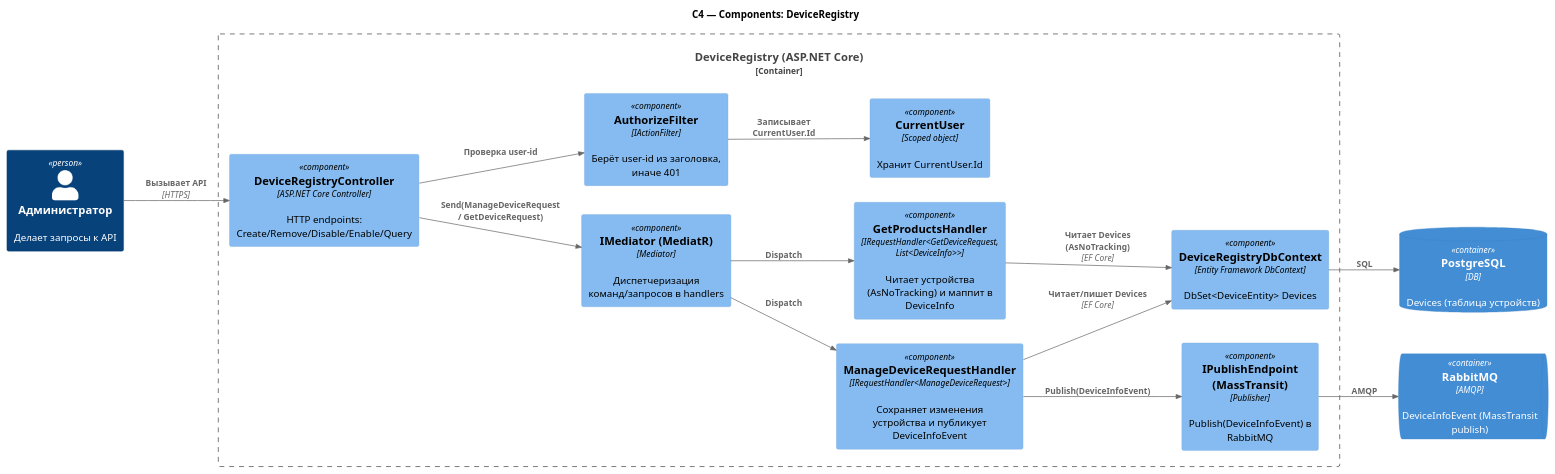
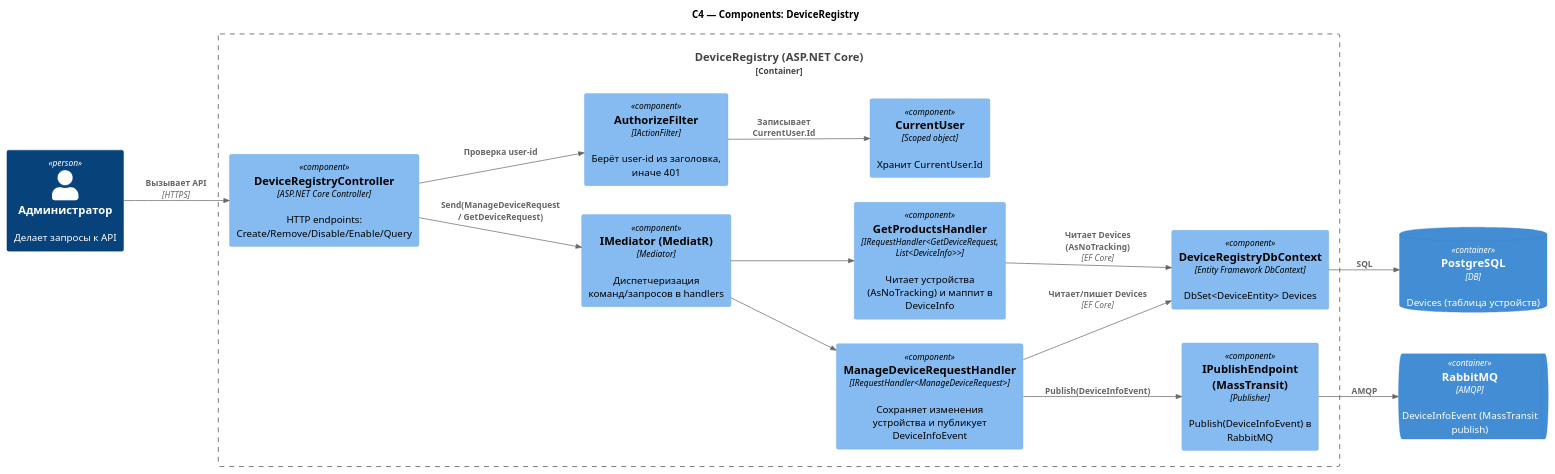
One commit to volodin33/Yandex_IoT changed the diagram in schemas/dr_schema.puml. Above: the diagram before and after it, drawn with PlantUML. The commit also changed 9 other files, not shown here.

```diff
--- a/schemas/dr_schema.puml
+++ b/schemas/dr_schema.puml
@@ -1,47 +1,47 @@
 @startuml
 !include https://raw.githubusercontent.com/plantuml-stdlib/C4-PlantUML/master/C4_Component.puml
 
 LAYOUT_LEFT_RIGHT()
 title C4 — Components: DeviceRegistry
 
 Person(admin, "Администратор", "Делает запросы к API")
 
 ContainerDb(pg, "PostgreSQL", "DB", "Devices (таблица устройств)")
 ContainerQueue(rabbit, "RabbitMQ", "AMQP", "DeviceInfoEvent (MassTransit publish)")
 
 Container_Boundary(dr, "DeviceRegistry (ASP.NET Core)") {
 
   together {
     Component(auth, "AuthorizeFilter", "IActionFilter", "Берёт user-id из заголовка, иначе 401")
     Component(user, "CurrentUser", "Scoped object", "Хранит CurrentUser.Id")
   }
 
   Component(ctrl, "DeviceRegistryController", "ASP.NET Core Controller", "HTTP endpoints: Create/Remove/Disable/Enable/Query")
 
   Component(mediator, "IMediator (MediatR)", "Mediator",  "Диспетчеризация команд/запросов в handlers")
 
   together {
     Component(manage, "ManageDeviceRequestHandler", "IRequestHandler<ManageDeviceRequest>", "Сохраняет изменения устройства и публикует DeviceInfoEvent")
     Component(get, "GetProductsHandler", "IRequestHandler<GetDeviceRequest, List<DeviceInfo>>", "Читает устройства (AsNoTracking) и маппит в DeviceInfo")
   }
 
   Component(db, "DeviceRegistryDbContext", "Entity Framework DbContext", "DbSet<DeviceEntity> Devices")
   Component(pub, "IPublishEndpoint (MassTransit)", "Publisher","Publish(DeviceInfoEvent) в RabbitMQ")
 }
 
 Rel(admin, ctrl, "Вызывает API", "HTTPS")
 Rel(ctrl, auth, "Проверка user-id")
 Rel(auth, user, "Записывает CurrentUser.Id" )
 
 Rel(ctrl, mediator, "Send(ManageDeviceRequest / GetDeviceRequest)" )
-Rel(mediator, manage, "Dispatch" )
-Rel(mediator, get, "Dispatch" )
+Rel(mediator, manage, "")
+Rel(mediator, get, "")
 
 Rel(manage, db, "Читает/пишет Devices", "EF Core")
 Rel(db, pg, "SQL")
 Rel(manage, pub, "Publish(DeviceInfoEvent)" )
 Rel(pub, rabbit, "AMQP")
 
 Rel(get, db, "Читает Devices (AsNoTracking)", "EF Core")
 
 @enduml
```
